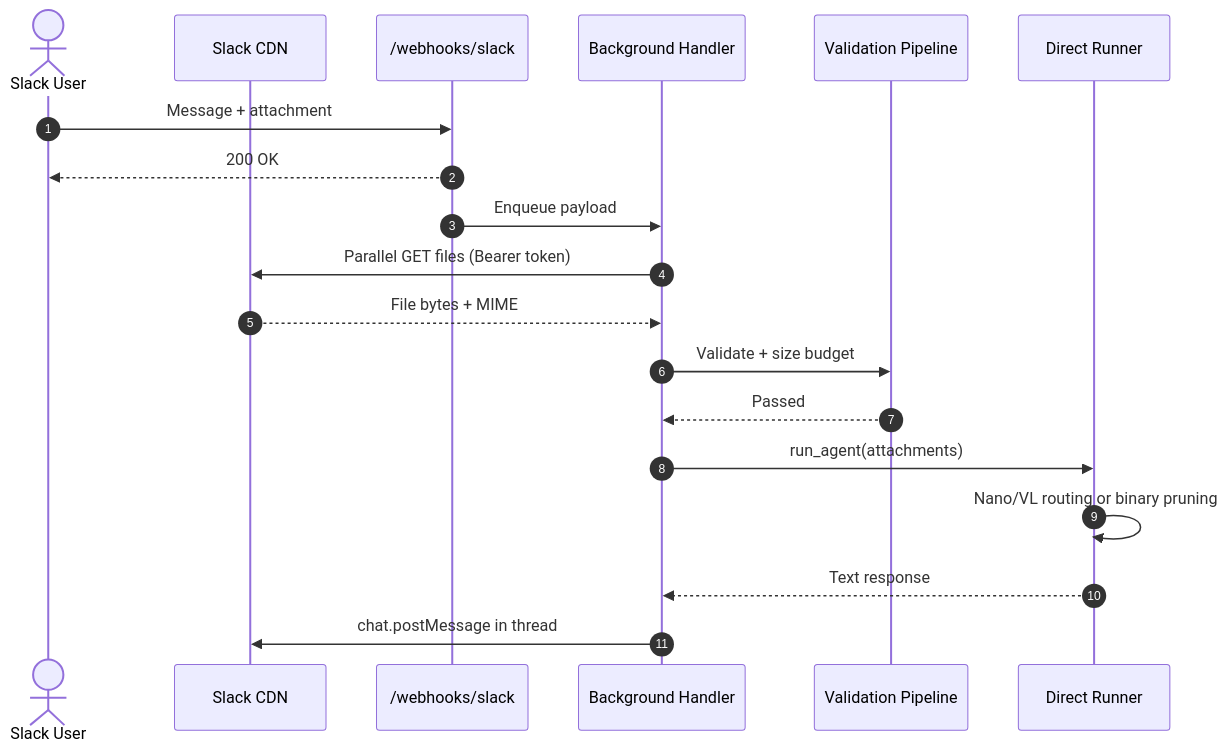
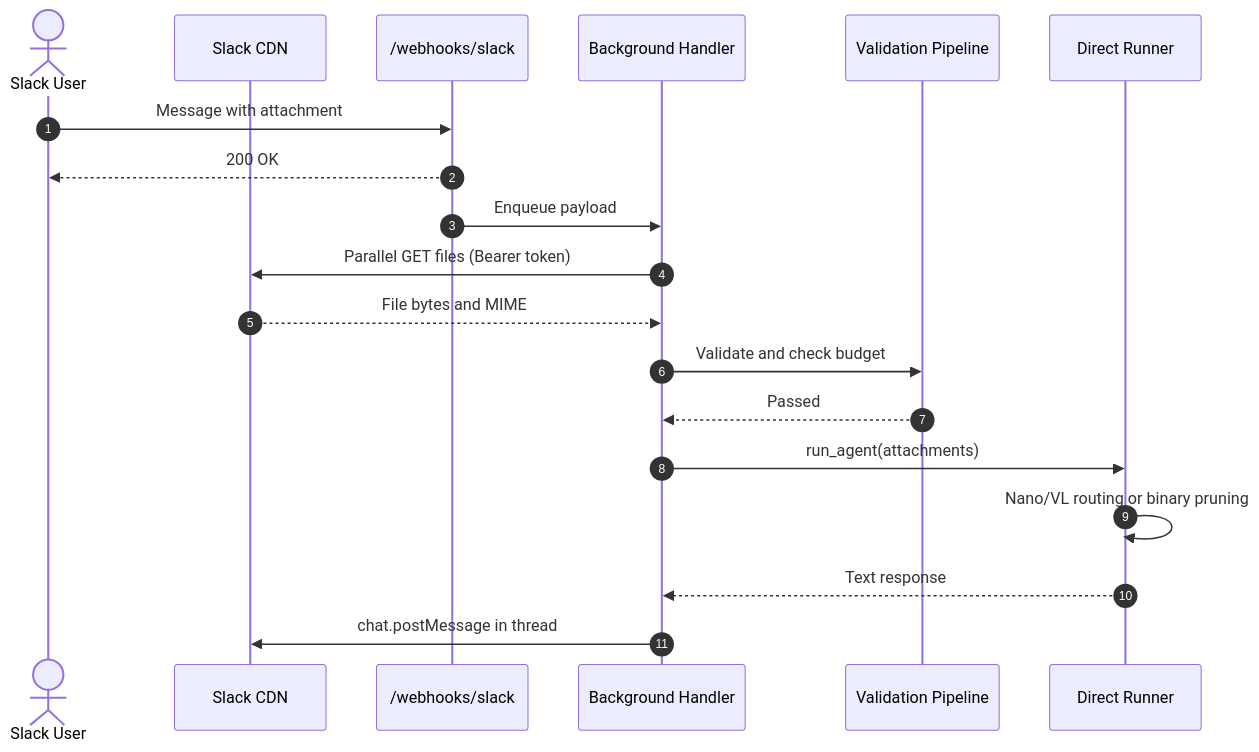
The second of 2 diagrams in docs/multimodal.mdx (AmritSDutta/Aryhant), drawn with Mermaid before and after one commit. The commit also changed 1 other file, not shown here.

````diff
--- a/docs/multimodal.mdx
+++ b/docs/multimodal.mdx
@@ -47,21 +47,21 @@
 ```mermaid
 sequenceDiagram
   autonumber
   actor User as Slack User
   participant Slack as Slack CDN
   participant Endpoint as /webhooks/slack
   participant Handler as Background Handler
   participant Pipeline as Validation Pipeline
   participant Engine as Direct Runner
-  User->>Endpoint: Message + attachment
+  User->>Endpoint: Message with attachment
   Endpoint-->>User: 200 OK
   Endpoint->>Handler: Enqueue payload
   Handler->>Slack: Parallel GET files (Bearer token)
-  Slack-->>Handler: File bytes + MIME
-  Handler->>Pipeline: Validate + size budget
+  Slack-->>Handler: File bytes and MIME
+  Handler->>Pipeline: Validate and check budget
   Pipeline-->>Handler: Passed
   Handler->>Engine: run_agent(attachments)
   Engine->>Engine: Nano/VL routing or binary pruning
   Engine-->>Handler: Text response
   Handler->>Slack: chat.postMessage in thread
 ```
````
